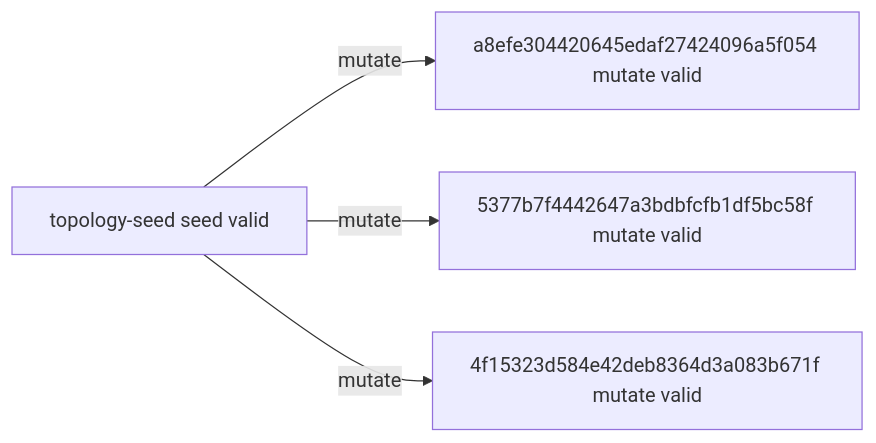
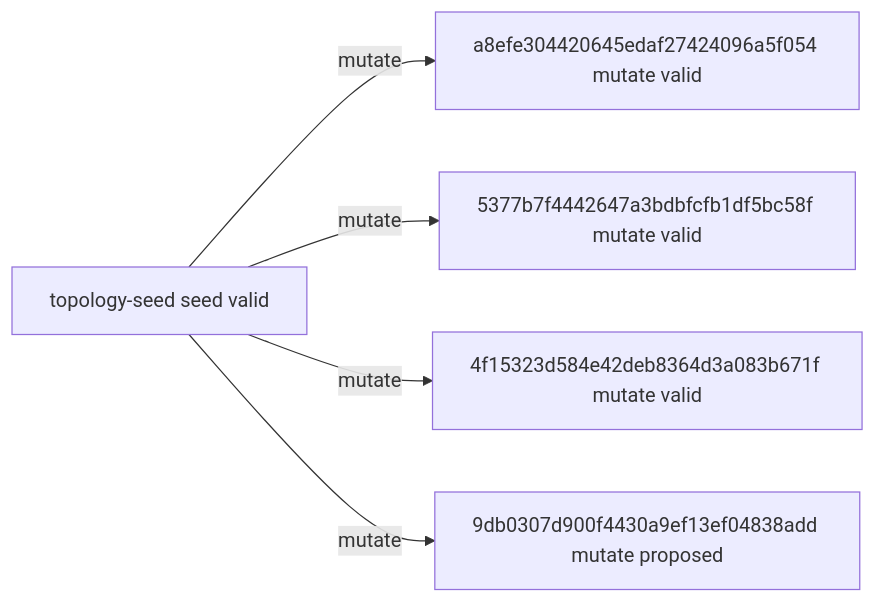
Before and after one commit to timbtz/feyer-search-lab: the diagram in experiments/campaigns/astra-group-numerical-v3/README.md, drawn with Mermaid. The commit also changed other lines of this file and 7 other files, not shown here.

````diff
--- a/experiments/campaigns/astra-group-numerical-v3/README.md
+++ b/experiments/campaigns/astra-group-numerical-v3/README.md
@@ -21,10 +21,12 @@
 ```mermaid
 graph LR
   n0["topology-seed seed valid"]
   n1["a8efe304420645edaf27424096a5f054 mutate valid"]
   n2["5377b7f4442647a3bdbfcfb1df5bc58f mutate valid"]
   n3["4f15323d584e42deb8364d3a083b671f mutate valid"]
+  n4["9db0307d900f4430a9ef13ef04838add mutate proposed"]
   n0 -->|mutate| n1
   n0 -->|mutate| n2
   n0 -->|mutate| n3
+  n0 -->|mutate| n4
 ```
````
